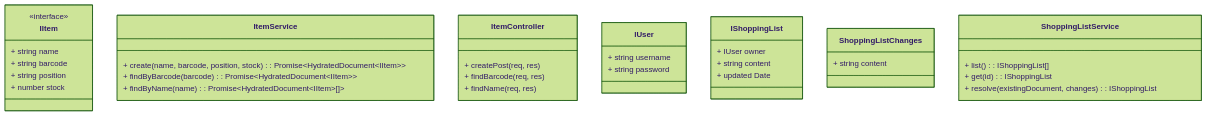
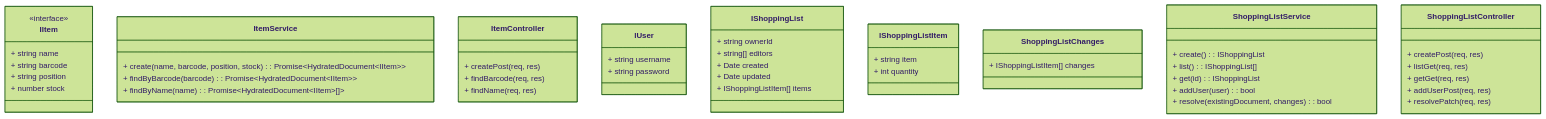
The diagram in docs/classdiagram.md (Lewis-Trowbridge/COMP3006-SMS-Backend), drawn with Mermaid (forest theme) before and after one commit.

Commit message:
Updated class diagram for shopping list operations

````diff
--- a/docs/classdiagram.md
+++ b/docs/classdiagram.md
@@ -1,44 +1,61 @@
 ```mermaid
 classDiagram
 
     class IItem {
     + string name
     + string barcode
     + string position
     + number stock
     }
     <<interface>> IItem
     
     class ItemService {
     + create(name, barcode, position, stock) : Promise~HydratedDocument~IItem~~
     + findByBarcode(barcode) : Promise~HydratedDocument~IItem~~
     + findByName(name) : Promise~HydratedDocument~IItem~[]~
     } 
     
     class ItemController {
     + createPost(req, res)
     + findBarcode(req, res)
     + findName(req, res)
     }
     
     class IUser {
     + string username
     + string password
     } 
     
     class IShoppingList {
-    + IUser owner
-    + string content
-    + updated Date
+    + string ownerId
+    + string[] editors
+    + Date created
+    + Date updated
+    + IShoppingListItem[] items
+    }
+    
+    class IShoppingListItem { 
+    + string item
+    + int quantity
     }
     
     class ShoppingListChanges {
-    + string content
+    + IShoppingListItem[] changes
     }
     
     class ShoppingListService {
+    + create(): IShoppingList
     + list(): IShoppingList[]
     + get(id): IShoppingList
-    + resolve(existingDocument, changes): IShoppingList
+    + addUser(user): bool
+    + resolve(existingDocument, changes): bool
+    }
+    
+    class ShoppingListController {
+    + createPost(req, res)
+    + listGet(req, res)
+    + getGet(req, res)
+    + addUserPost(req, res)
+    + resolvePatch(req, res)
     }
 ```
````
